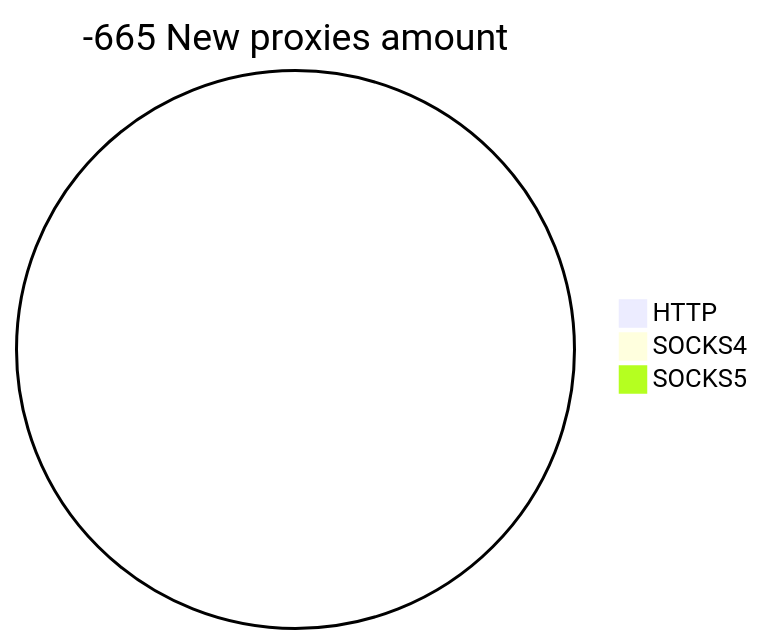
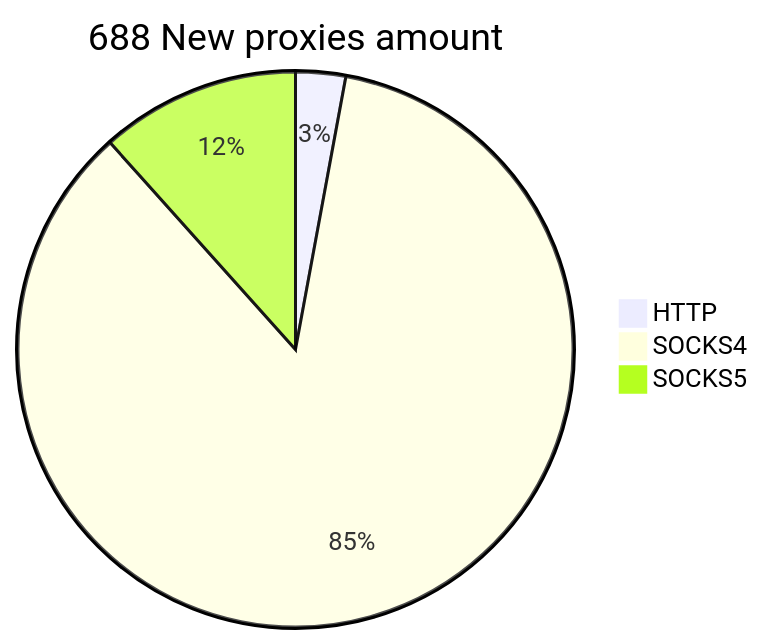
Before and after one commit to cutipu/proxylist: the second of 2 diagrams in README.md, drawn with Mermaid. The commit also changed other lines of this file, not shown here.

````diff
--- a/README.md
+++ b/README.md
@@ -10,6 +10,6 @@
 ```mermaid
-pie title -665 New proxies amount
-    "HTTP" : 0
-    "SOCKS4" : 0
-    "SOCKS5" : 0
+pie title 688 New proxies amount
+    "HTTP" : 20
+    "SOCKS4" : 588
+    "SOCKS5" : 80
 ```
````
